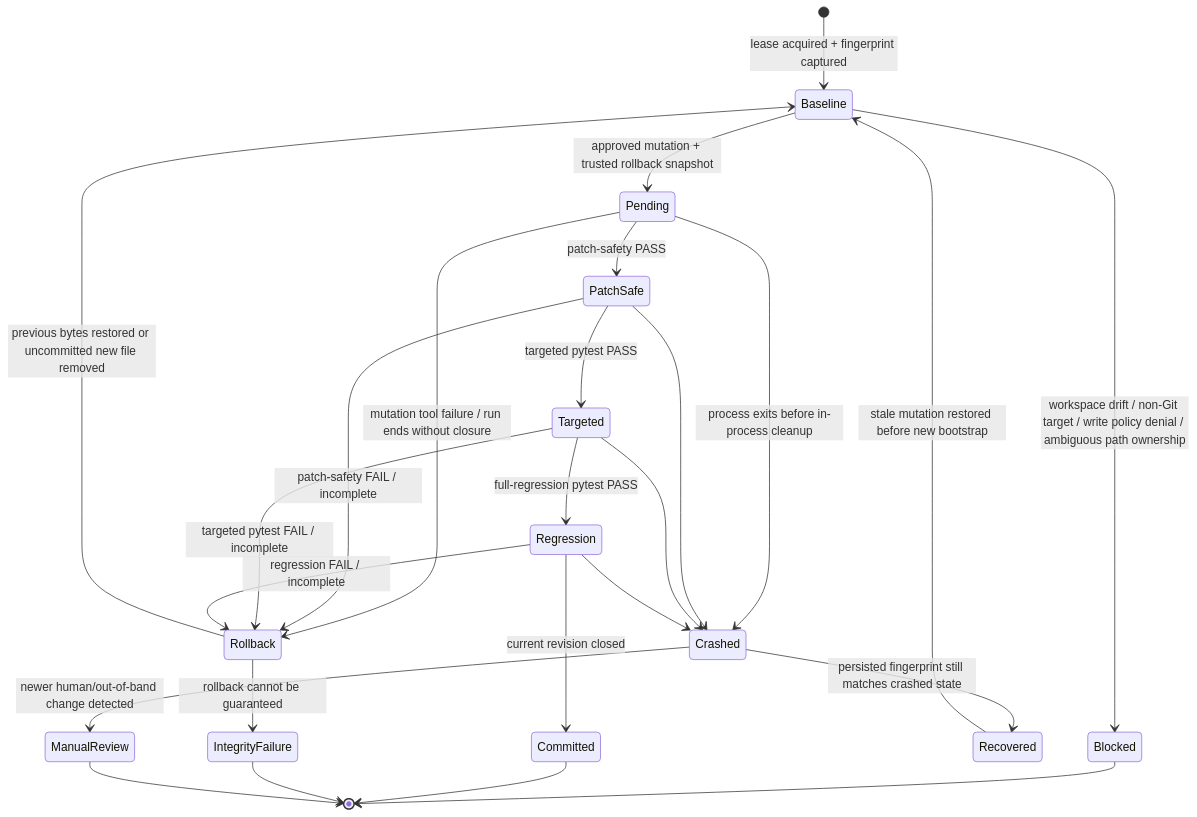
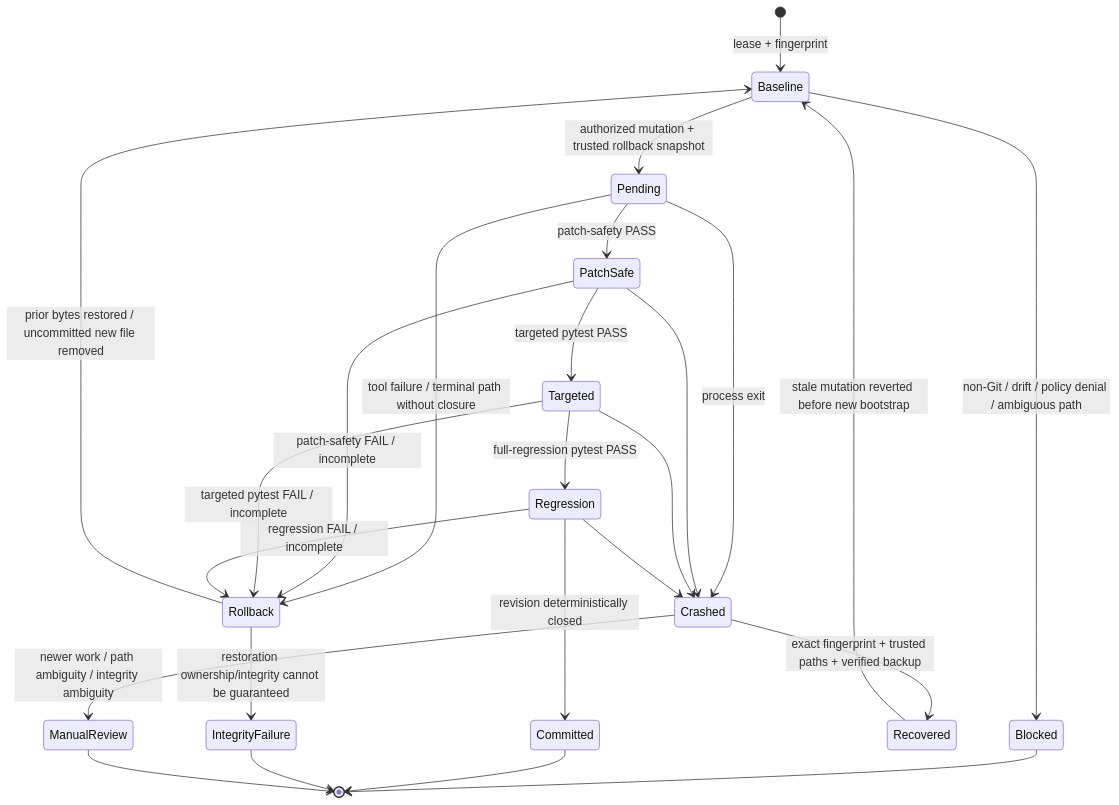
Before and after one commit to portyu9/ai-qa-automation: the diagram in docs/RUNTIME_CONTROL.md, drawn with Mermaid. The commit also changed other lines of this file, not shown here.

````diff
--- a/docs/RUNTIME_CONTROL.md
+++ b/docs/RUNTIME_CONTROL.md
@@ -19,36 +28,36 @@
 ```mermaid
 stateDiagram-v2
-    [*] --> Baseline: lease acquired + fingerprint captured
+    [*] --> Baseline: lease + fingerprint
 
-    Baseline --> Blocked: workspace drift / non-Git target / write policy denial / ambiguous path ownership
-    Baseline --> Pending: approved mutation + trusted rollback snapshot
+    Baseline --> Blocked: non-Git / drift / policy denial / ambiguous path
+    Baseline --> Pending: authorized mutation + trusted rollback snapshot
 
     Pending --> PatchSafe: patch-safety PASS
-    Pending --> Rollback: mutation tool failure / run ends without closure
+    Pending --> Rollback: tool failure / terminal path without closure
 
     PatchSafe --> Targeted: targeted pytest PASS
     PatchSafe --> Rollback: patch-safety FAIL / incomplete
 
     Targeted --> Regression: full-regression pytest PASS
     Targeted --> Rollback: targeted pytest FAIL / incomplete
 
-    Regression --> Committed: current revision closed
+    Regression --> Committed: revision deterministically closed
     Regression --> Rollback: regression FAIL / incomplete
 
-    Rollback --> Baseline: previous bytes restored or uncommitted new file removed
-    Rollback --> IntegrityFailure: rollback cannot be guaranteed
+    Rollback --> Baseline: prior bytes restored / uncommitted new file removed
+    Rollback --> IntegrityFailure: restoration ownership/integrity cannot be guaranteed
 
-    Pending --> Crashed: process exits before in-process cleanup
+    Pending --> Crashed: process exit
     PatchSafe --> Crashed
     Targeted --> Crashed
     Regression --> Crashed
 
-    Crashed --> Recovered: persisted fingerprint still matches crashed state
-    Recovered --> Baseline: stale mutation restored before new bootstrap
-    Crashed --> ManualReview: newer human/out-of-band change detected
+    Crashed --> Recovered: exact fingerprint + trusted paths + verified backup
+    Recovered --> Baseline: stale mutation reverted before new bootstrap
+    Crashed --> ManualReview: newer work / path ambiguity / integrity ambiguity
 
     Blocked --> [*]
     Committed --> [*]
     IntegrityFailure --> [*]
     ManualReview --> [*]
 ```
````
